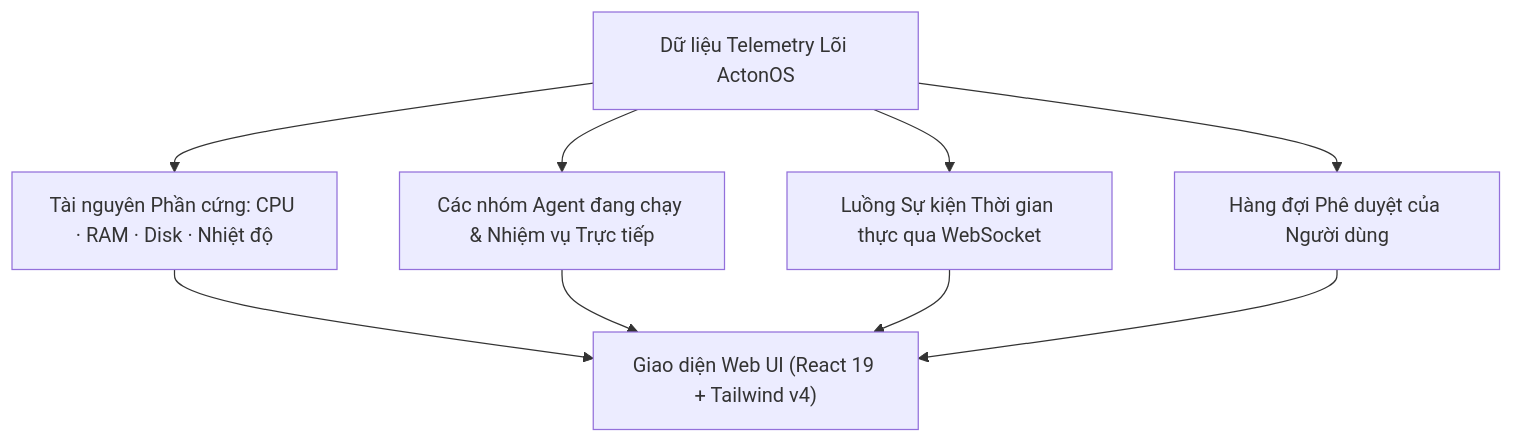
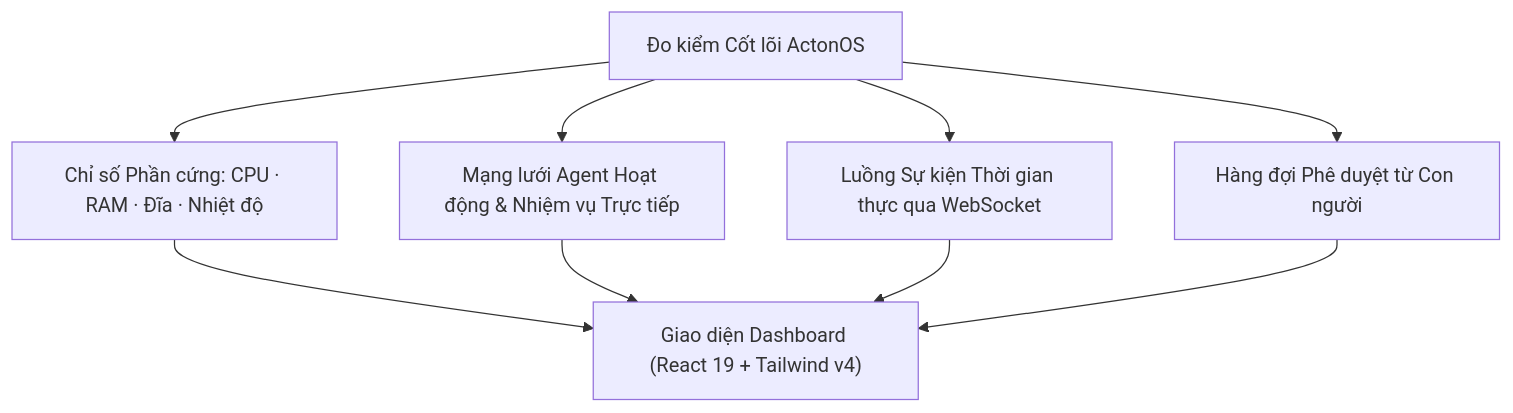
Before and after one commit to actonos/docs: the diagram in i18n/vi/docusaurus-plugin-content-docs/current/user-guide/dashboard.mdx, drawn with Mermaid. The commit also changed other lines of this file and 57 other files, not shown here.

````diff
--- a/i18n/vi/docusaurus-plugin-content-docs/current/user-guide/dashboard.mdx
+++ b/i18n/vi/docusaurus-plugin-content-docs/current/user-guide/dashboard.mdx
@@ -12,11 +12,11 @@
 ```mermaid
 graph TD
-    A["Dữ liệu Telemetry Lõi ActonOS"] --> B["Tài nguyên Phần cứng: CPU · RAM · Disk · Nhiệt độ"]
-    A --> C["Các nhóm Agent đang chạy & Nhiệm vụ Trực tiếp"]
+    A["Đo kiểm Cốt lõi ActonOS"] --> B["Chỉ số Phần cứng: CPU · RAM · Đĩa · Nhiệt độ"]
+    A --> C["Mạng lưới Agent Hoạt động & Nhiệm vụ Trực tiếp"]
     A --> D["Luồng Sự kiện Thời gian thực qua WebSocket"]
-    A --> E["Hàng đợi Phê duyệt của Người dùng"]
-    B --> F["Giao diện Web UI (React 19 + Tailwind v4)"]
+    A --> E["Hàng đợi Phê duyệt từ Con người"]
+    B --> F["Giao diện Dashboard (React 19 + Tailwind v4)"]
     C --> F
     D --> F
     E --> F
 ```
````
